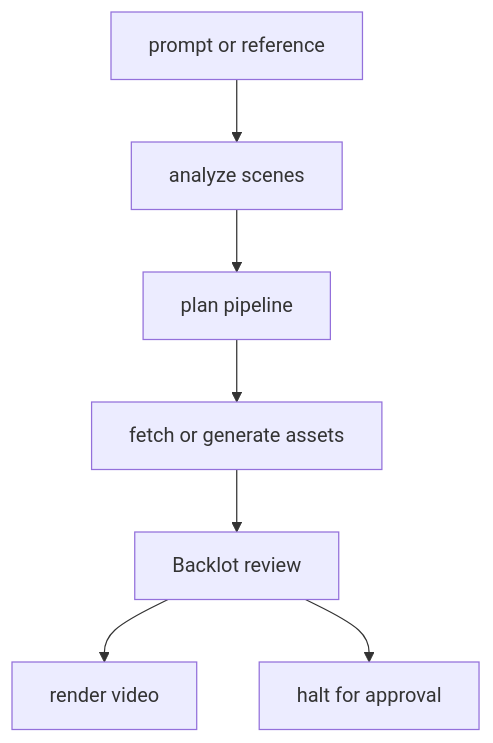
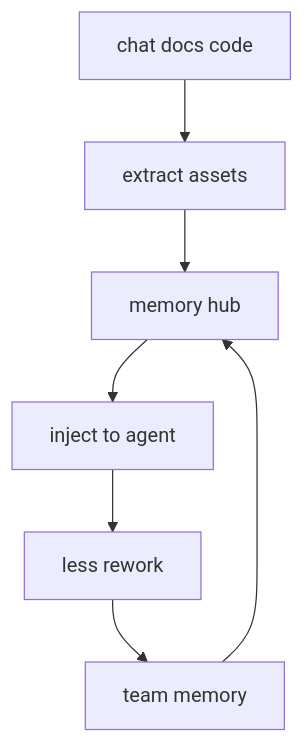
The ninth of 18 diagrams in digests/2026-09-02.md (Solvement/jarvis-digest), drawn with Mermaid before and after one commit. The commit also changed other lines of this file and 4 other files, not shown here.

````diff
--- a/digests/2026-09-02.md
+++ b/digests/2026-09-02.md
@@ -254,9 +256,9 @@
 ```mermaid
 graph TD
-A[prompt or reference] --> B[analyze scenes]
-B --> C[plan pipeline]
-C --> D[fetch or generate assets]
-D --> E[Backlot review]
-E --> F[render video]
-E --> G[halt for approval]
+A[chat docs code] --> B[extract assets]
+B --> C[memory hub]
+C --> D[inject to agent]
+D --> E[less rework]
+E --> F[team memory]
+F --> C
 ```
````
